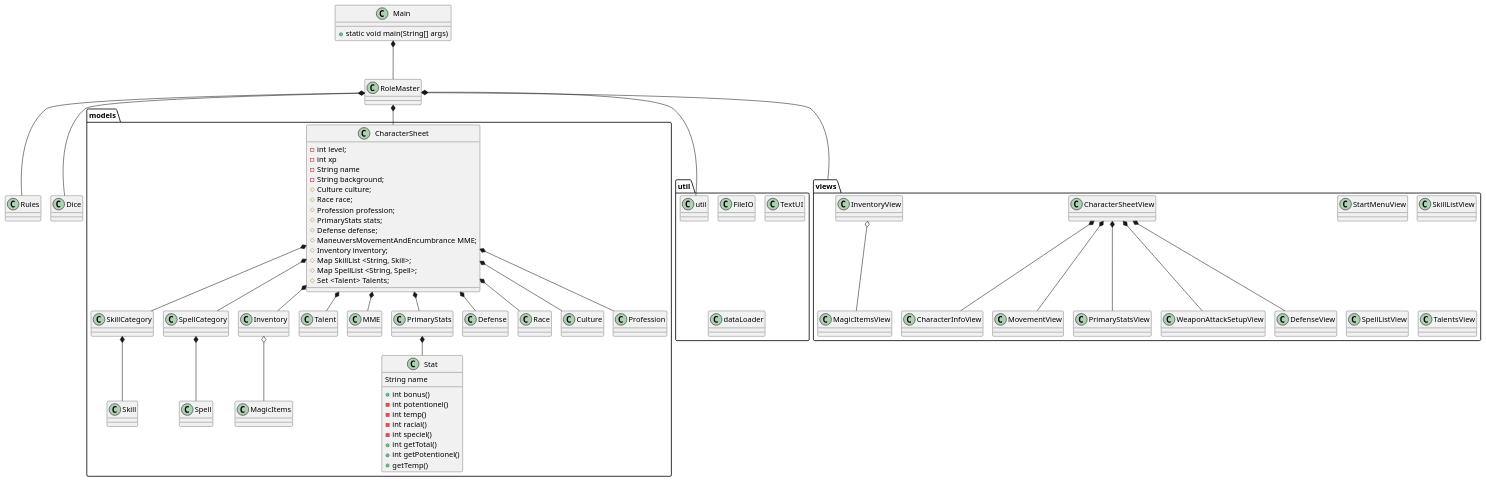
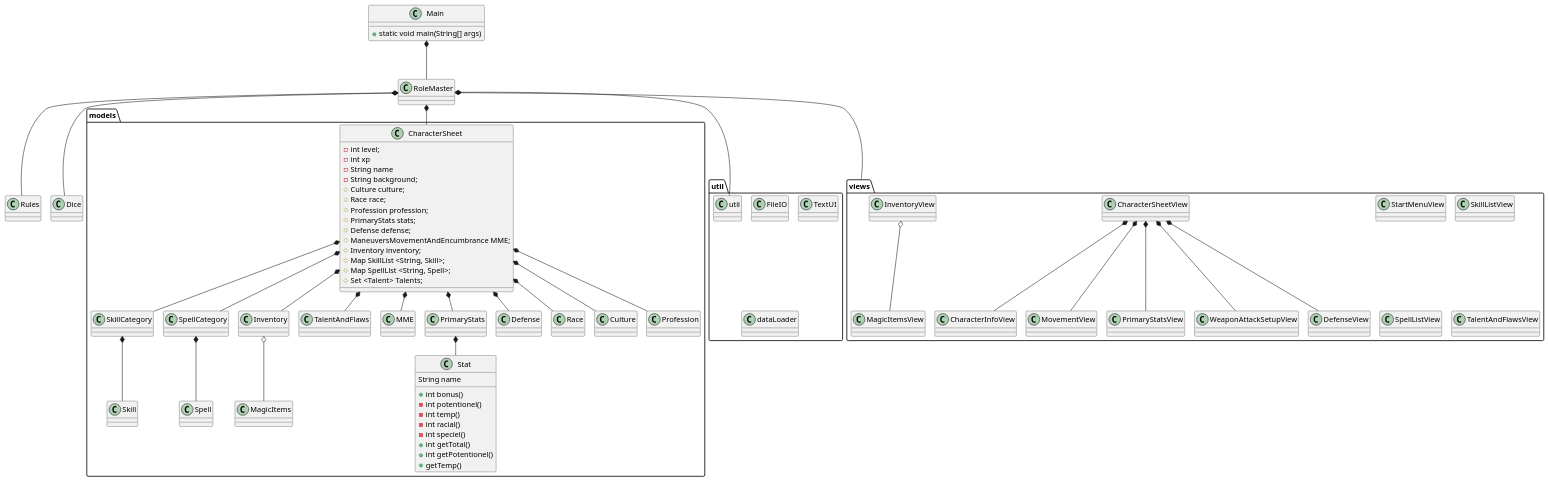
The diagram in Docs/ClassDiagram.puml (Falcho/ICE), drawn with PlantUML before and after one commit.

Commit message:
rettet talent til talentAndFlaw til klassediagrammet.

```diff
--- a/Docs/ClassDiagram.puml
+++ b/Docs/ClassDiagram.puml
@@ -1,108 +1,108 @@
 @startuml
 'https://plantuml.com/class-diagram
 !pragma layout smetana
 
 
 Class Main{
 +static void main(String[] args)
 }
 
 
 Class RoleMaster{}
 
 Class Rules{}
 Class Dice{}
 
 package views{
 Class StartMenuView{}
 Class CharacterSheetView{}
 Class CharacterInfoView{}
 Class SkillListView{}
 Class SpellListView{}
 Class InventoryView{}
-Class TalentsView{}
+Class TalentAndFlawsView{}
 Class MovementView{}
 Class PrimaryStatsView{}
 Class WeaponAttackSetupView{}
 Class DefenseView{}
 Class MagicItemsView{}
 }
 CharacterSheetView *-- CharacterInfoView
 CharacterSheetView *-- PrimaryStatsView
 CharacterSheetView *-- MovementView
 CharacterSheetView *-- WeaponAttackSetupView
 CharacterSheetView *-- DefenseView
 InventoryView o-- MagicItemsView
 
 package models{
 Class CharacterSheet{
 - int level;
 - int xp
 - String name
 - String background;
 # Culture culture;
 # Race race;
 # Profession profession;
 # PrimaryStats stats;
 # Defense defense;
 # ManeuversMovementAndEncumbrance MME;
 # Inventory inventory;
 # Map SkillList <String, Skill>;
 # Map SpellList <String, Spell>;
 # Set <Talent> Talents;
 }
 
 Class Skill{}
 Class SkillCategory{}
 Class Spell{}
 Class SpellCategory{}
 Class Inventory{}
-Class Talent{}
+Class TalentAndFlaws{}
 Class MME{}
 Class PrimaryStats{}
 Class Defense{}
 Class MagicItems{}
 Class Race{}
 Class Culture{}
 Class Profession{}
 Class Stat{
 String name
 + int bonus()
 - int potentionel()
 - int temp()
 - int racial()
 - int speciel()
 + int getTotal()
 + int getPotentionel()
 + getTemp()
 }
 }
 
 CharacterSheet *-- PrimaryStats
 CharacterSheet *-- MME
 CharacterSheet *-- Defense
 Inventory o-- MagicItems
-CharacterSheet *-- Talent
+CharacterSheet *-- TalentAndFlaws
 CharacterSheet *-- SkillCategory
 SkillCategory *-- Skill
 CharacterSheet *-- SpellCategory
 SpellCategory *-- Spell
 CharacterSheet *-- Inventory
 CharacterSheet *-- Race
 CharacterSheet *-- Culture
 CharacterSheet *-- Profession
 PrimaryStats *-- Stat
 
 
 package util {
     Class FileIO{}
     Class TextUI{}
     Class dataLoader{}
 
 Main *--- RoleMaster
 RoleMaster *-- CharacterSheet
 RoleMaster *-- views
 RoleMaster *-- Dice
 RoleMaster *-- util
 RoleMaster *-- Rules
 @enduml
```
